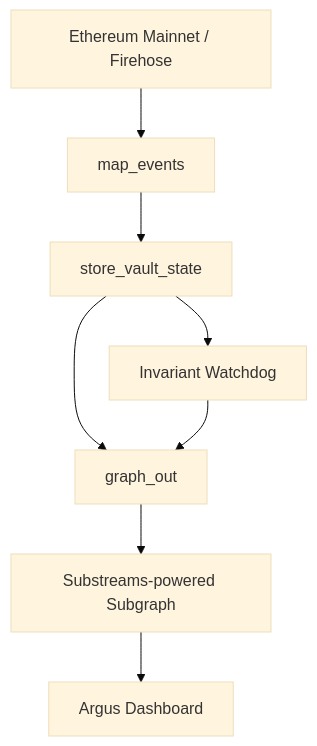
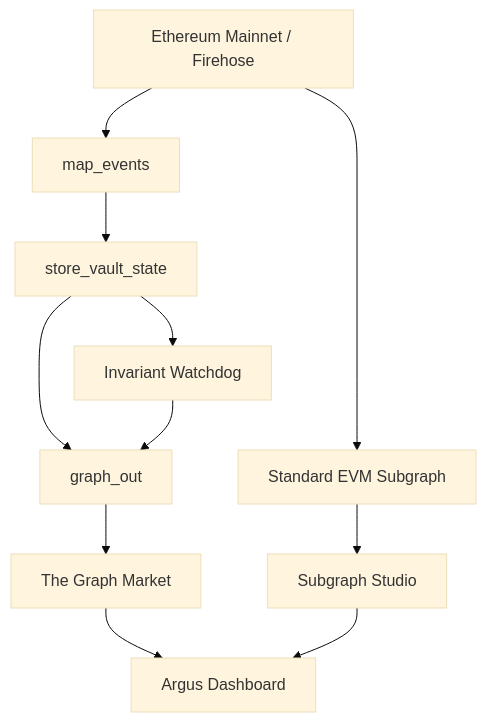
One commit to alva-p/Argus4626 changed the diagram in README.md. Above: the diagram before and after it, drawn with Mermaid (base theme). The commit also changed other lines of this file and 8 other files, not shown here.

````diff
--- a/README.md
+++ b/README.md
@@ -81,10 +72,13 @@
 ```mermaid
 flowchart TD
     B[ Ethereum Mainnet / Firehose ] --> E[ map_events ]
     E --> S[ store_vault_state ]
     S --> O[ graph_out ]
-    O --> G[ Substreams-powered Subgraph ]
-    G --> D[ Argus Dashboard ]
+    O --> M[ The Graph Market ]
+    B --> G[ Standard EVM Subgraph ]
+    G --> ST[ Subgraph Studio ]
+    M --> D[ Argus Dashboard ]
+    ST --> D
     S --> W[ Invariant Watchdog ]
     W --> O
 ```
````
